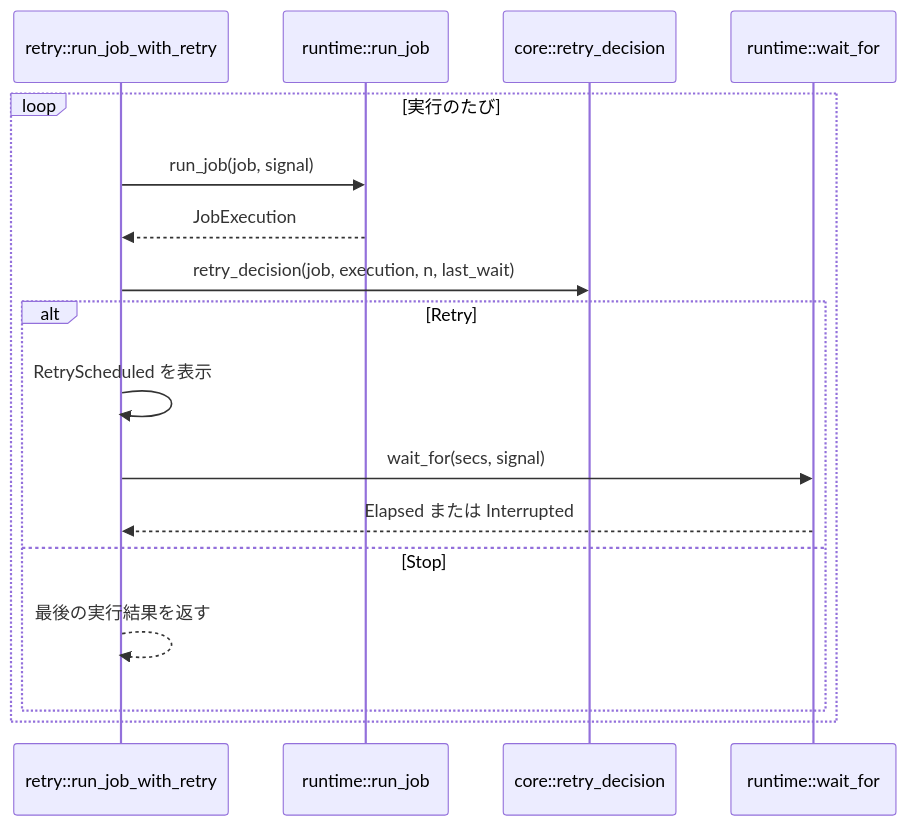
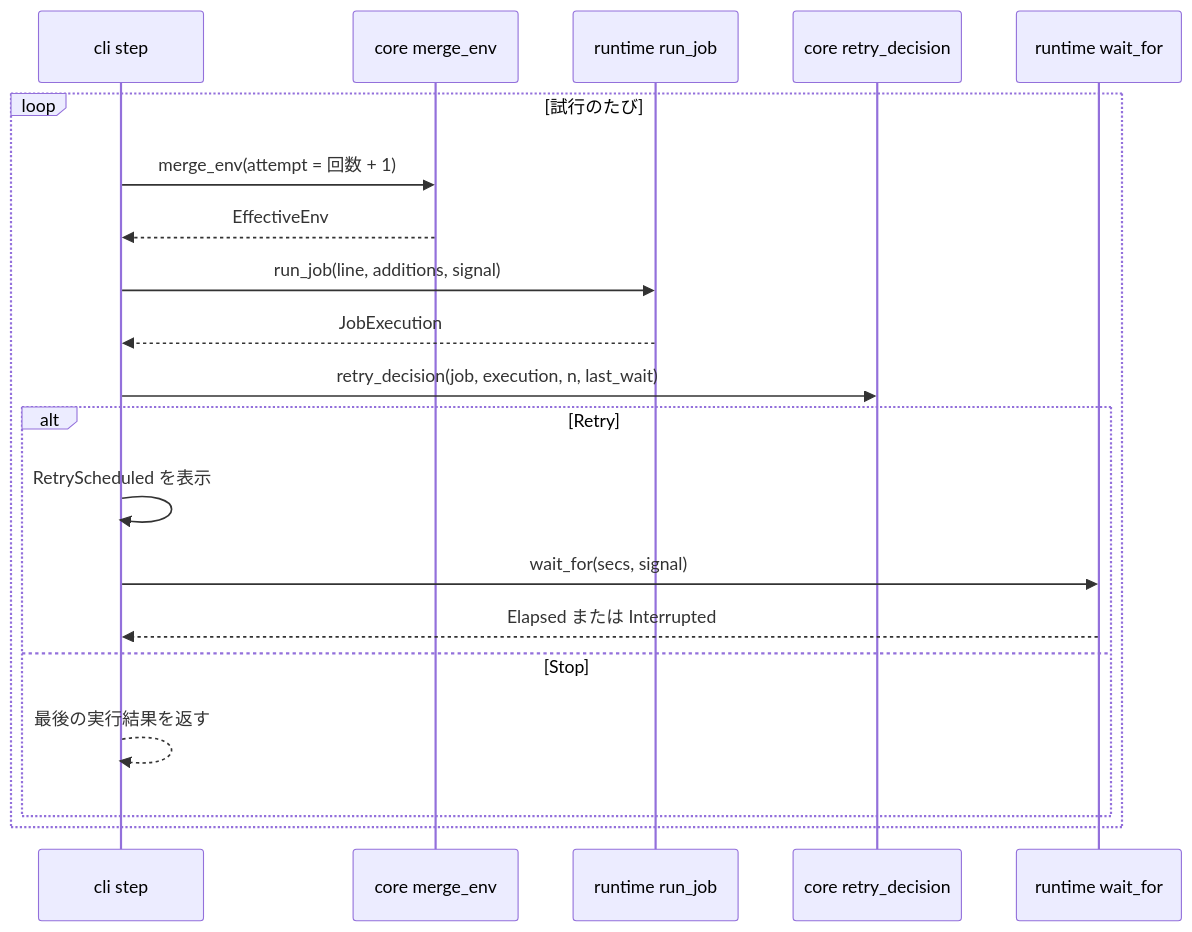
One commit to agwlvssainokuni/rust-job-conductor changed the third of 4 diagrams in aidlc/spaces/default/codekb/rust-job-conductor/architecture.md. Above: the diagram before and after it, drawn with Mermaid. The commit also changed other lines of this file and 8 other files, not shown here.

````diff
--- a/aidlc/spaces/default/codekb/rust-job-conductor/architecture.md
+++ b/aidlc/spaces/default/codekb/rust-job-conductor/architecture.md
@@ -108,19 +123,22 @@
 ```mermaid
 sequenceDiagram
-    participant R as retry::run_job_with_retry
-    participant RT as runtime::run_job
-    participant C as core::retry_decision
-    participant W as runtime::wait_for
-    loop 実行のたび
-        R->>RT: run_job(job, signal)
-        RT-->>R: JobExecution
-        R->>C: retry_decision(job, execution, n, last_wait)
+    participant S as cli step
+    participant M as core merge_env
+    participant RT as runtime run_job
+    participant D as core retry_decision
+    participant W as runtime wait_for
+    loop 試行のたび
+        S->>M: merge_env(attempt = 回数 + 1)
+        M-->>S: EffectiveEnv
+        S->>RT: run_job(line, additions, signal)
+        RT-->>S: JobExecution
+        S->>D: retry_decision(job, execution, n, last_wait)
         alt Retry
-            R->>R: RetryScheduled を表示
-            R->>W: wait_for(secs, signal)
-            W-->>R: Elapsed または Interrupted
+            S->>S: RetryScheduled を表示
+            S->>W: wait_for(secs, signal)
+            W-->>S: Elapsed または Interrupted
         else Stop
-            R-->>R: 最後の実行結果を返す
+            S-->>S: 最後の実行結果を返す
         end
     end
 ```
````
